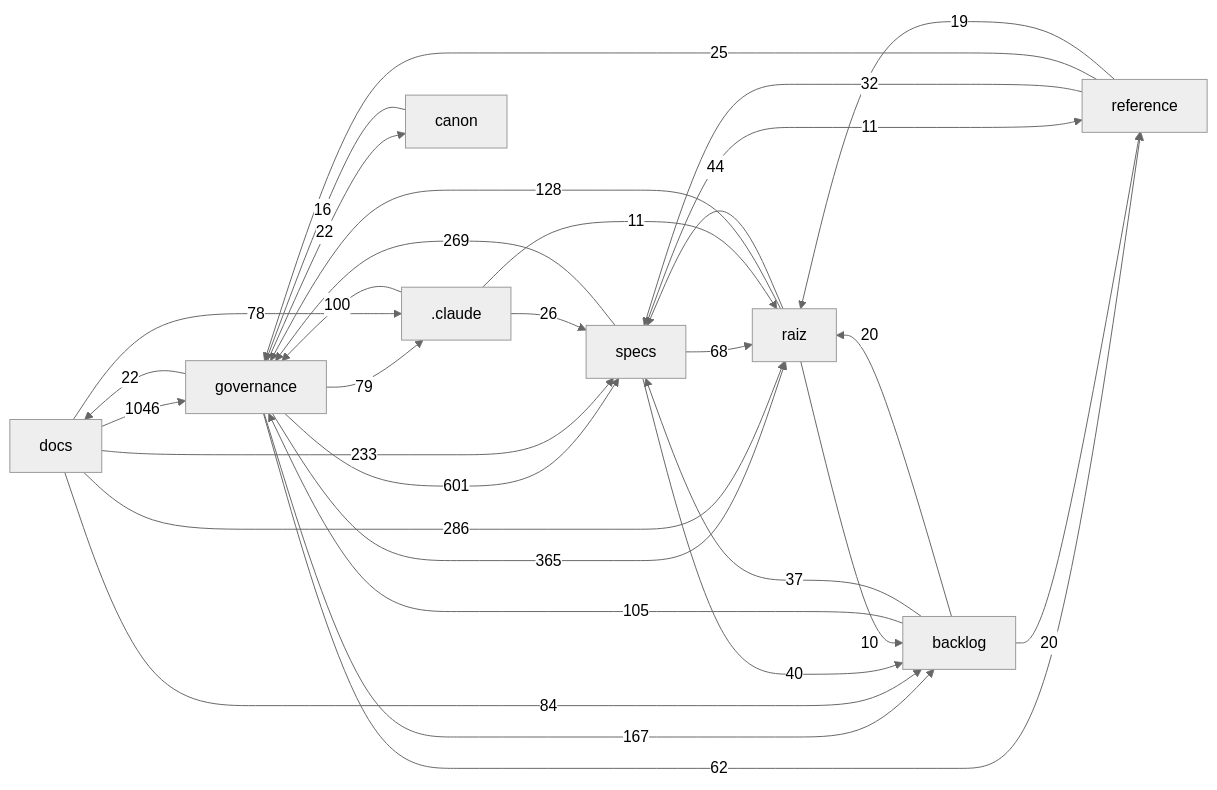
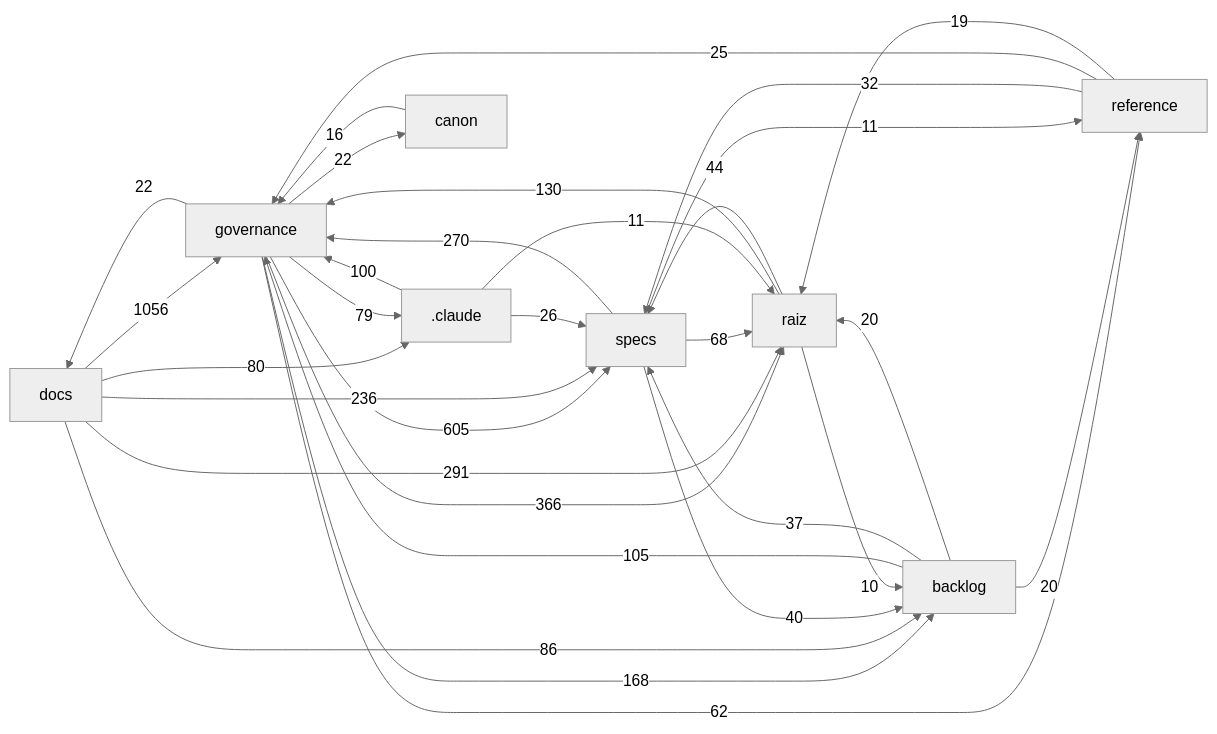
Before and after one commit to Andraus35/Sistema-Operacional-de-Trading--SOT: the diagram in docs/mapa/MAPA-PROJETO.md, drawn with Mermaid (neutral theme). The commit also changed other lines of this file and 9 other files, not shown here.

First line of the commit message:
SPEC-006: errata v1.12 HOMOLOGADA (DHR-SPEC006-004, Minor/aditiva); ROADMAP/CATALOGO/ata H-001 e HANDOFF HO-59

````diff
--- a/docs/mapa/MAPA-PROJETO.md
+++ b/docs/mapa/MAPA-PROJETO.md
@@ -29,33 +29,33 @@
 ```mermaid
 flowchart LR
-  docs["docs"] -->|1046| governance["governance"]
-  governance["governance"] -->|601| specs["specs"]
-  governance["governance"] -->|365| raiz["raiz"]
-  docs["docs"] -->|286| raiz["raiz"]
-  specs["specs"] -->|269| governance["governance"]
-  docs["docs"] -->|233| specs["specs"]
-  governance["governance"] -->|167| backlog["backlog"]
-  raiz["raiz"] -->|128| governance["governance"]
+  docs["docs"] -->|1056| governance["governance"]
+  governance["governance"] -->|605| specs["specs"]
+  governance["governance"] -->|366| raiz["raiz"]
+  docs["docs"] -->|291| raiz["raiz"]
+  specs["specs"] -->|270| governance["governance"]
+  docs["docs"] -->|236| specs["specs"]
+  governance["governance"] -->|168| backlog["backlog"]
+  raiz["raiz"] -->|130| governance["governance"]
   backlog["backlog"] -->|105| governance["governance"]
   _claude[".claude"] -->|100| governance["governance"]
-  docs["docs"] -->|84| backlog["backlog"]
+  docs["docs"] -->|86| backlog["backlog"]
+  docs["docs"] -->|80| _claude[".claude"]
   governance["governance"] -->|79| _claude[".claude"]
-  docs["docs"] -->|78| _claude[".claude"]
   specs["specs"] -->|68| raiz["raiz"]
   governance["governance"] -->|62| reference["reference"]
   raiz["raiz"] -->|44| specs["specs"]
   specs["specs"] -->|40| backlog["backlog"]
   backlog["backlog"] -->|37| specs["specs"]
   reference["reference"] -->|32| specs["specs"]
   _claude[".claude"] -->|26| specs["specs"]
   reference["reference"] -->|25| governance["governance"]
   governance["governance"] -->|22| docs["docs"]
   governance["governance"] -->|22| canon["canon"]
   backlog["backlog"] -->|20| raiz["raiz"]
   backlog["backlog"] -->|20| reference["reference"]
   reference["reference"] -->|19| raiz["raiz"]
   canon["canon"] -->|16| governance["governance"]
   _claude[".claude"] -->|11| raiz["raiz"]
   specs["specs"] -->|11| reference["reference"]
   raiz["raiz"] -->|10| backlog["backlog"]
 ```
````
